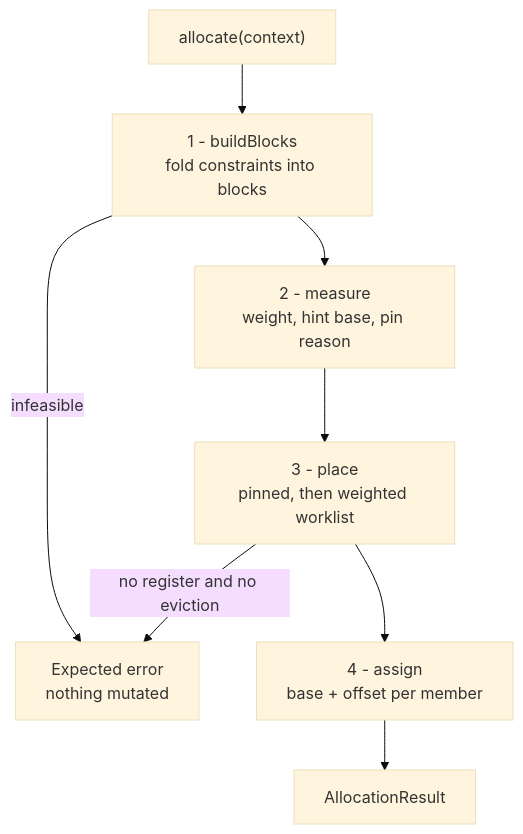
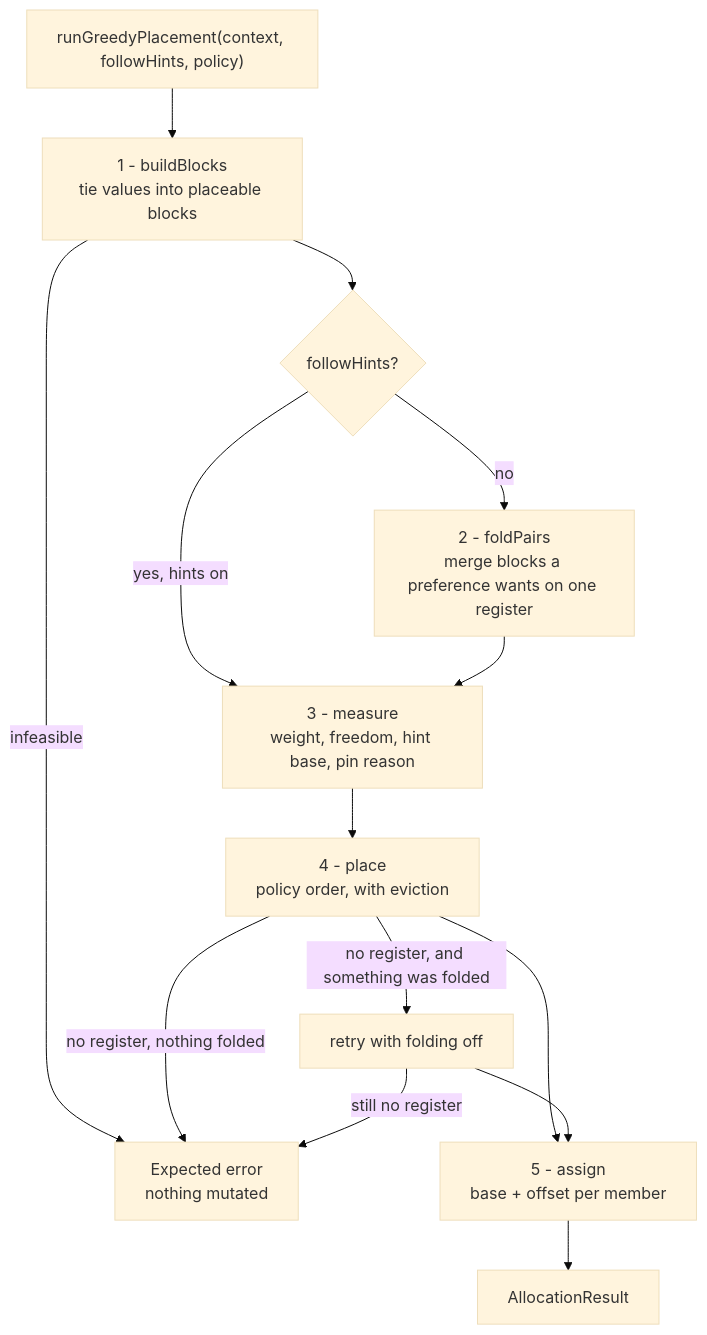
Before and after one commit to ROCm/rocm-libraries: the first of 2 diagrams in shared/stinkytofu/docs/developer/register-allocation-GreedyAllocator.md, drawn with Mermaid (base theme). The commit also changed other lines of this file and 2 other files, not shown here.

Commit message:
fix(stinkytofu): update developer docs for register allocation and SSA lifting

````diff
--- a/shared/stinkytofu/docs/developer/register-allocation-GreedyAllocator.md
+++ b/shared/stinkytofu/docs/developer/register-allocation-GreedyAllocator.md
@@ -29,10 +30,16 @@
 ```mermaid
 flowchart TD
-    Start["allocate(context)"] --> Build["1 - buildBlocks<br/>fold constraints into blocks"]
+    Start["runGreedyPlacement(context, followHints, policy)"] --> Build["1 - buildBlocks<br/>tie values into placeable blocks"]
     Build -->|infeasible| Fail["Expected error<br/>nothing mutated"]
-    Build --> Measure["2 - measure<br/>weight, hint base, pin reason"]
-    Measure --> Place["3 - place<br/>pinned, then weighted worklist"]
-    Place -->|no register and no eviction| Fail
-    Place --> Emit["4 - assign<br/>base + offset per member"]
+    Build --> Fold{"followHints?"}
+    Fold -->|yes, hints on| Measure
+    Fold -->|no| FoldPairs["2 - foldPairs<br/>merge blocks a preference wants on one register"]
+    FoldPairs --> Measure["3 - measure<br/>weight, freedom, hint base, pin reason"]
+    Measure --> Place["4 - place<br/>policy order, with eviction"]
+    Place -->|"no register, and something was folded"| Retry["retry with folding off"]
+    Place -->|"no register, nothing folded"| Fail
+    Place --> Emit["5 - assign<br/>base + offset per member"]
+    Retry --> Emit
+    Retry -->|still no register| Fail
     Emit --> Result["AllocationResult"]
 ```
````
